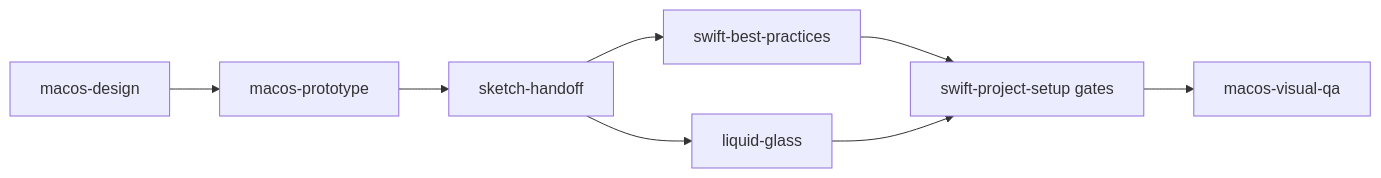
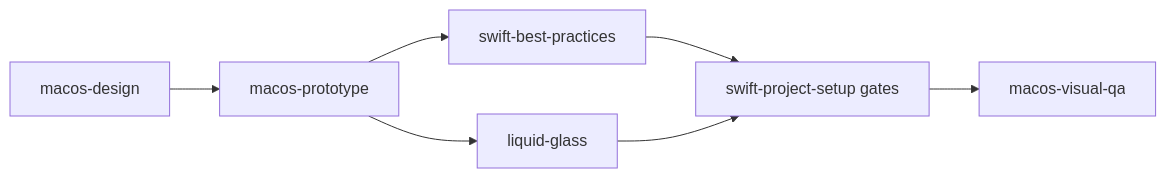
One commit to tailrocks/tailrocks-skills changed the first of 2 diagrams in docs/content/docs/choosing.mdx. Above: the diagram before and after it, drawn with Mermaid. The commit also changed other lines of this file and 36 other files, not shown here.

First line of the commit message:
docs(skills): remove Sketch handoff and defer evals to CI

````diff
--- a/docs/content/docs/choosing.mdx
+++ b/docs/content/docs/choosing.mdx
@@ -42,10 +42,9 @@
 ```mermaid
 flowchart LR
   design["macos-design"] --> proto["macos-prototype"]
-  proto --> handoff["sketch-handoff"]
-  handoff --> swift["swift-best-practices"]
-  handoff --> glass["liquid-glass"]
+  proto --> swift["swift-best-practices"]
+  proto --> glass["liquid-glass"]
   swift --> gates["swift-project-setup gates"]
   glass --> gates
   gates --> qa["macos-visual-qa"]
 ```
````
